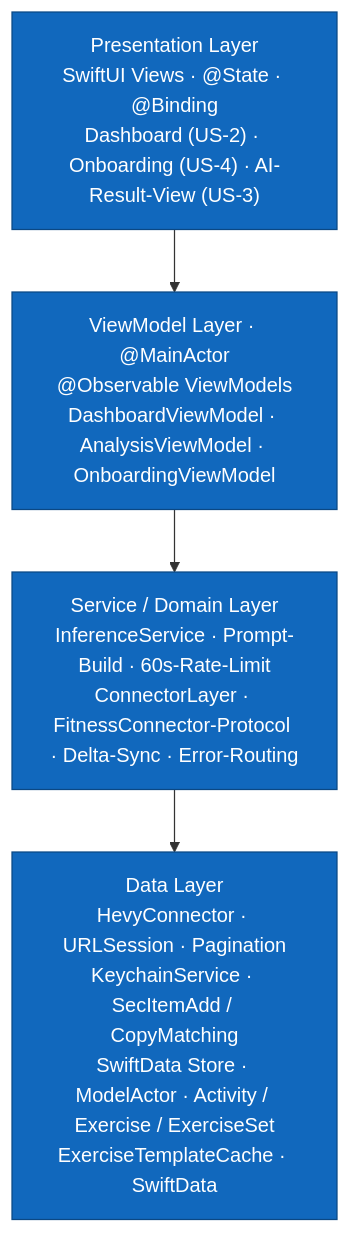
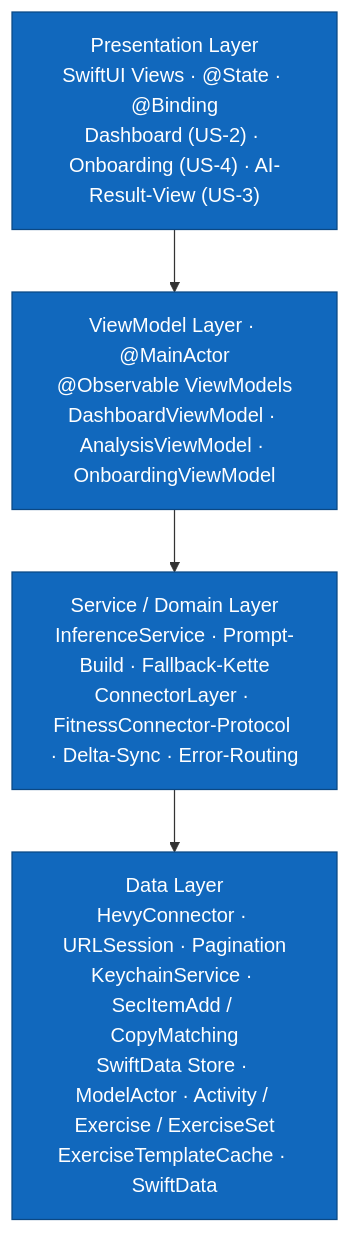
One commit to fitbuddies-cas/fitbuddy changed the third of 3 diagrams in docs/ARCHITECTURE.md. Above: the diagram before and after it, drawn with Mermaid. The commit also changed other lines of this file and 31 other files, not shown here.

````diff
--- a/docs/ARCHITECTURE.md
+++ b/docs/ARCHITECTURE.md
@@ -152,11 +152,11 @@
 ```mermaid
 flowchart TB
     classDef layer fill:#1168bd,color:#fff,stroke:#0b4884
 
     PRES["Presentation Layer\nSwiftUI Views · @State · @Binding\nDashboard (US-2) · Onboarding (US-4) · AI-Result-View (US-3)"]:::layer
     VM["ViewModel Layer · @MainActor\n@Observable ViewModels\nDashboardViewModel · AnalysisViewModel · OnboardingViewModel"]:::layer
-    SVC["Service / Domain Layer\nInferenceService · Prompt-Build · 60s-Rate-Limit\nConnectorLayer · FitnessConnector-Protocol · Delta-Sync · Error-Routing"]:::layer
+    SVC["Service / Domain Layer\nInferenceService · Prompt-Build · Fallback-Kette\nConnectorLayer · FitnessConnector-Protocol · Delta-Sync · Error-Routing"]:::layer
     DATA["Data Layer\nHevyConnector · URLSession · Pagination\nKeychainService · SecItemAdd / CopyMatching\nSwiftData Store · ModelActor · Activity / Exercise / ExerciseSet\nExerciseTemplateCache · SwiftData"]:::layer
 
     PRES --> VM --> SVC --> DATA
 ```
````
